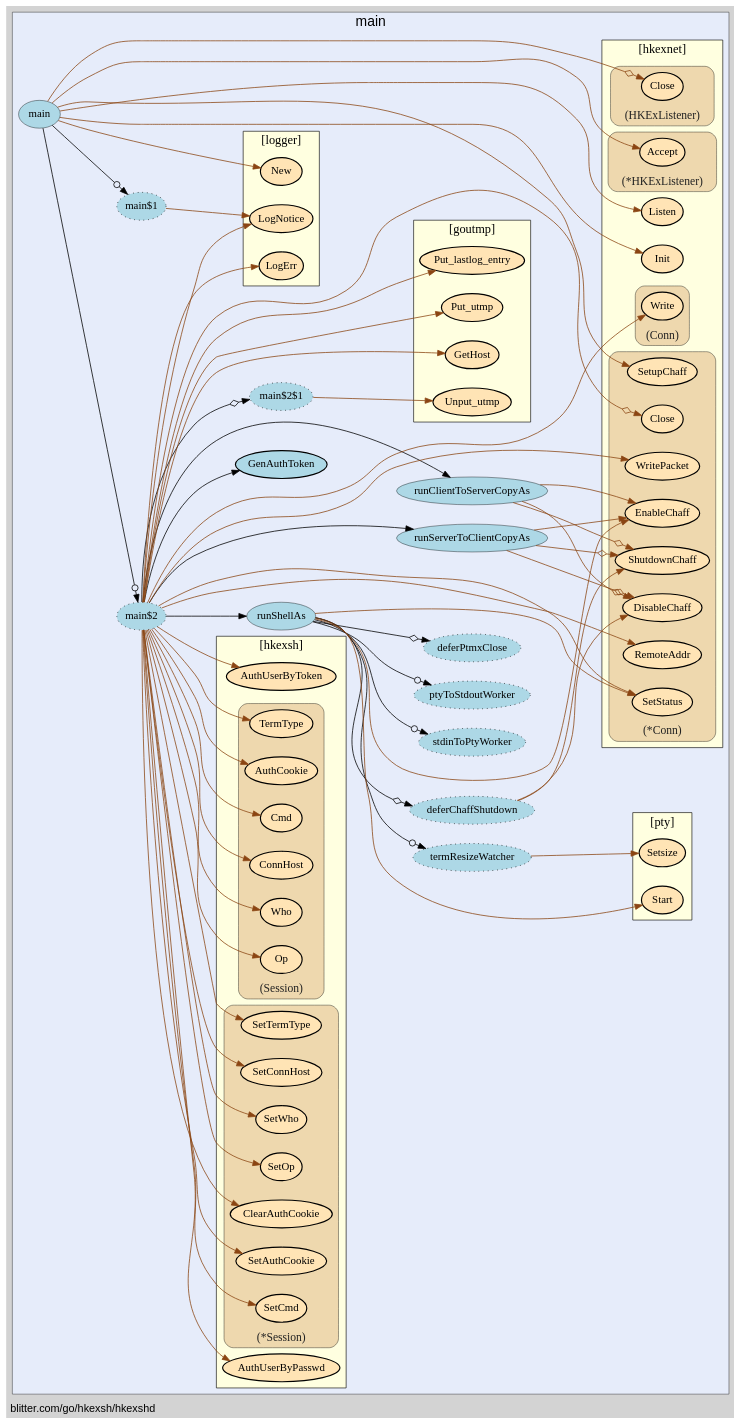
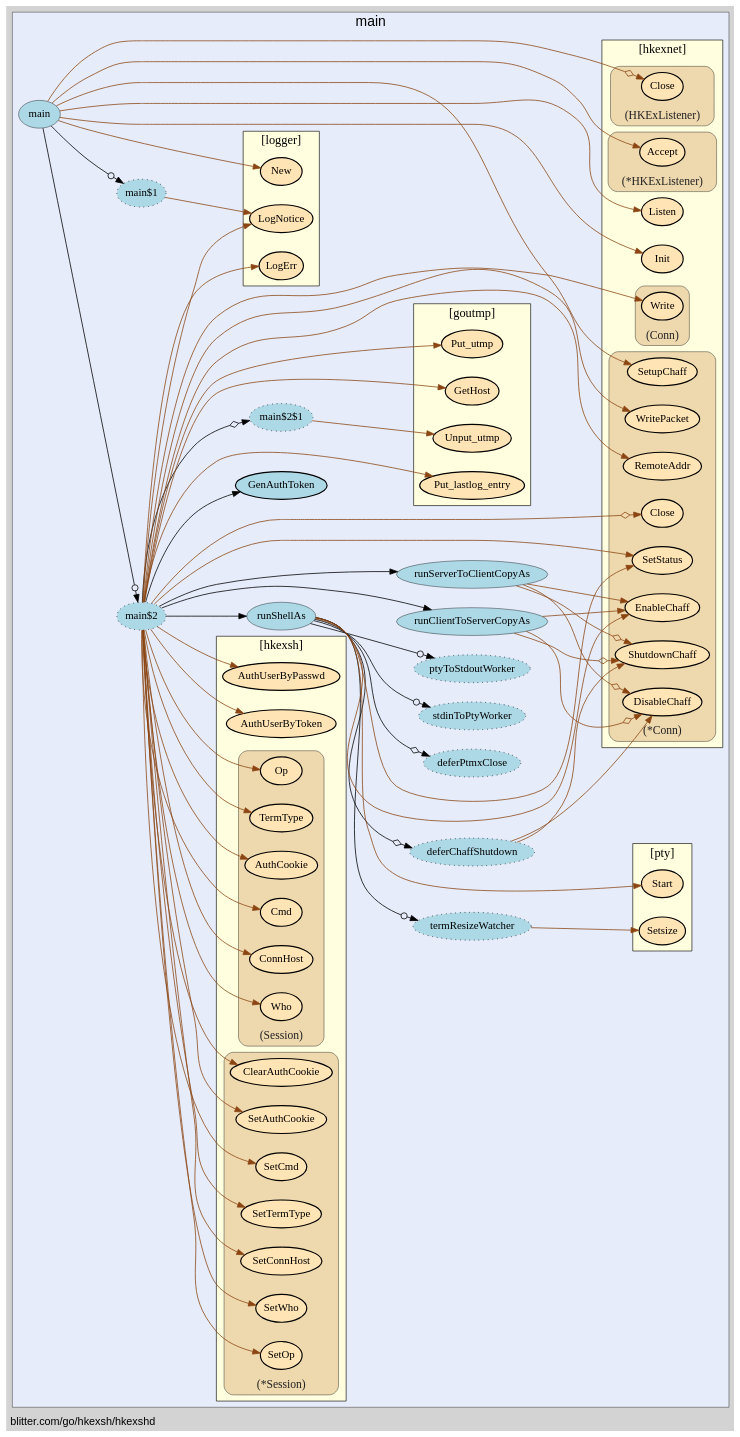
The diagram in hkexshd/hkexshd-vis.gv (isgasho/xs), drawn with Graphviz before and after one commit. The commit also changed 13 other files, not shown here.

```diff
--- a/hkexshd/hkexshd-vis.gv
+++ b/hkexshd/hkexshd-vis.gv
@@ -14,71 +14,71 @@
     edge [minlen="2"]
 
     subgraph "cluster_focus" {
-        labeljust="c";
+        labelloc="t";
+labeljust="c";
 fontsize="18";
 bgcolor="#e6ecfa";
 label="main";
-labelloc="t";
         
-        "blitter.com/go/hkexsh/hkexshd.runClientToServerCopyAs" [ label="runClientToServerCopyAs" penwidth="0.5" fillcolor="lightblue" ]
+        "blitter.com/go/hkexsh/hkexshd.runShellAs" [ fillcolor="lightblue" label="runShellAs" penwidth="0.5" ]
+        "blitter.com/go/hkexsh/hkexshd.runShellAs$1" [ fillcolor="lightblue" label="deferPtmxClose" style="dotted,filled" ]
+        "blitter.com/go/hkexsh/hkexshd.runShellAs$2" [ fillcolor="lightblue" label="termResizeWatcher" style="dotted,filled" ]
+        "blitter.com/go/hkexsh/hkexshd.runShellAs$3" [ fillcolor="lightblue" label="stdinToPtyWorker" style="dotted,filled" ]
+        "blitter.com/go/hkexsh/hkexshd.runShellAs$4" [ fillcolor="lightblue" label="deferChaffShutdown" style="dotted,filled" ]
+        "blitter.com/go/hkexsh/hkexshd.runShellAs$5" [ fillcolor="lightblue" label="ptyToStdoutWorker" style="dotted,filled" ]
         "blitter.com/go/hkexsh/hkexshd.main" [ fillcolor="lightblue" label="main" penwidth="0.5" ]
-        "blitter.com/go/hkexsh/hkexshd.main$1" [ style="dotted,filled" fillcolor="lightblue" label="main$1" ]
+        "blitter.com/go/hkexsh/hkexshd.main$1" [ fillcolor="lightblue" label="main$1" style="dotted,filled" ]
         "blitter.com/go/hkexsh/hkexshd.main$2" [ fillcolor="lightblue" label="main$2" style="dotted,filled" ]
-        "blitter.com/go/hkexsh/hkexshd.GenAuthToken" [ penwidth="1.5" fillcolor="lightblue" label="GenAuthToken" ]
-        "blitter.com/go/hkexsh/hkexshd.runShellAs" [ fillcolor="lightblue" label="runShellAs" penwidth="0.5" ]
-        "blitter.com/go/hkexsh/hkexshd.runShellAs$1" [ style="dotted,filled" fillcolor="lightblue" label="deferPtmxClose" ]
-        "blitter.com/go/hkexsh/hkexshd.runShellAs$2" [ style="dotted,filled" fillcolor="lightblue" label="termResizeWatcher" ]
-        "blitter.com/go/hkexsh/hkexshd.runShellAs$3" [ style="dotted,filled" fillcolor="lightblue" label="stdinToPtyWorker" ]
-        "blitter.com/go/hkexsh/hkexshd.runShellAs$4" [ fillcolor="lightblue" label="deferChaffShutdown" style="dotted,filled" ]
-        "blitter.com/go/hkexsh/hkexshd.runShellAs$5" [ label="ptyToStdoutWorker" style="dotted,filled" fillcolor="lightblue" ]
+        "blitter.com/go/hkexsh/hkexshd.GenAuthToken" [ fillcolor="lightblue" label="GenAuthToken" penwidth="1.5" ]
         "blitter.com/go/hkexsh/hkexshd.main$2$1" [ fillcolor="lightblue" label="main$2$1" style="dotted,filled" ]
+        "blitter.com/go/hkexsh/hkexshd.runClientToServerCopyAs" [ penwidth="0.5" fillcolor="lightblue" label="runClientToServerCopyAs" ]
         "blitter.com/go/hkexsh/hkexshd.runServerToClientCopyAs" [ fillcolor="lightblue" label="runServerToClientCopyAs" penwidth="0.5" ]
         
         subgraph "cluster_blitter.com/go/goutmp" {
-        URL="/?f=blitter.com/go/goutmp";
-fontsize="16";
+        fontsize="16";
+style="filled";
 fillcolor="lightyellow";
-fontname="bold";
 rank="sink";
-penwidth="0.8";
-style="filled";
 label="[goutmp]";
 tooltip="package: blitter.com/go/goutmp";
+penwidth="0.8";
+fontname="bold";
+URL="/?f=blitter.com/go/goutmp";
         
-        "blitter.com/go/goutmp.GetHost" [ fillcolor="moccasin" label="GetHost" penwidth="1.5" ]
+        "blitter.com/go/goutmp.GetHost" [ penwidth="1.5" fillcolor="moccasin" label="GetHost" ]
         "blitter.com/go/goutmp.Put_utmp" [ fillcolor="moccasin" label="Put_utmp" penwidth="1.5" ]
         "blitter.com/go/goutmp.Unput_utmp" [ fillcolor="moccasin" label="Unput_utmp" penwidth="1.5" ]
-        "blitter.com/go/goutmp.Put_lastlog_entry" [ fillcolor="moccasin" label="Put_lastlog_entry" penwidth="1.5" ]
+        "blitter.com/go/goutmp.Put_lastlog_entry" [ label="Put_lastlog_entry" penwidth="1.5" fillcolor="moccasin" ]
         
     }
 
         subgraph "cluster_blitter.com/go/hkexsh" {
-        tooltip="package: blitter.com/go/hkexsh";
-style="filled";
-fillcolor="lightyellow";
-fontname="bold";
+        fontname="bold";
 rank="sink";
 URL="/?f=blitter.com/go/hkexsh";
 penwidth="0.8";
+style="filled";
+fillcolor="lightyellow";
 fontsize="16";
 label="[hkexsh]";
+tooltip="package: blitter.com/go/hkexsh";
         
-        "blitter.com/go/hkexsh.AuthUserByToken" [ fillcolor="moccasin" label="AuthUserByToken" penwidth="1.5" ]
-        "blitter.com/go/hkexsh.AuthUserByPasswd" [ label="AuthUserByPasswd" penwidth="1.5" fillcolor="moccasin" ]
+        "blitter.com/go/hkexsh.AuthUserByToken" [ penwidth="1.5" fillcolor="moccasin" label="AuthUserByToken" ]
+        "blitter.com/go/hkexsh.AuthUserByPasswd" [ fillcolor="moccasin" label="AuthUserByPasswd" penwidth="1.5" ]
         
         subgraph "cluster_*blitter.com/go/hkexsh.Session" {
-        penwidth="0.5";
-fontsize="15";
-fontcolor="#222222";
+        fontcolor="#222222";
 labelloc="b";
 style="rounded,filled";
 fillcolor="wheat2";
 label="(*Session)";
 tooltip="type: *blitter.com/go/hkexsh.Session";
+penwidth="0.5";
+fontsize="15";
         
-        "(*blitter.com/go/hkexsh.Session).SetOp" [ fillcolor="moccasin" label="SetOp" penwidth="1.5" ]
+        "(*blitter.com/go/hkexsh.Session).SetOp" [ penwidth="1.5" fillcolor="moccasin" label="SetOp" ]
         "(*blitter.com/go/hkexsh.Session).SetWho" [ fillcolor="moccasin" label="SetWho" penwidth="1.5" ]
-        "(*blitter.com/go/hkexsh.Session).SetConnHost" [ label="SetConnHost" penwidth="1.5" fillcolor="moccasin" ]
+        "(*blitter.com/go/hkexsh.Session).SetConnHost" [ fillcolor="moccasin" label="SetConnHost" penwidth="1.5" ]
         "(*blitter.com/go/hkexsh.Session).SetTermType" [ fillcolor="moccasin" label="SetTermType" penwidth="1.5" ]
         "(*blitter.com/go/hkexsh.Session).SetCmd" [ fillcolor="moccasin" label="SetCmd" penwidth="1.5" ]
         "(*blitter.com/go/hkexsh.Session).SetAuthCookie" [ penwidth="1.5" fillcolor="moccasin" label="SetAuthCookie" ]
@@ -87,43 +87,92 @@
     }
 
         subgraph "cluster_blitter.com/go/hkexsh.Session" {
-        style="rounded,filled";
+        labelloc="b";
+style="rounded,filled";
 fillcolor="wheat2";
 label="(Session)";
 tooltip="type: blitter.com/go/hkexsh.Session";
 penwidth="0.5";
 fontsize="15";
 fontcolor="#222222";
-labelloc="b";
         
         "(blitter.com/go/hkexsh.Session).Op" [ fillcolor="moccasin" label="Op" penwidth="1.5" ]
         "(blitter.com/go/hkexsh.Session).Who" [ fillcolor="moccasin" label="Who" penwidth="1.5" ]
-        "(blitter.com/go/hkexsh.Session).ConnHost" [ fillcolor="moccasin" label="ConnHost" penwidth="1.5" ]
-        "(blitter.com/go/hkexsh.Session).Cmd" [ label="Cmd" penwidth="1.5" fillcolor="moccasin" ]
+        "(blitter.com/go/hkexsh.Session).ConnHost" [ label="ConnHost" penwidth="1.5" fillcolor="moccasin" ]
+        "(blitter.com/go/hkexsh.Session).Cmd" [ fillcolor="moccasin" label="Cmd" penwidth="1.5" ]
         "(blitter.com/go/hkexsh.Session).AuthCookie" [ fillcolor="moccasin" label="AuthCookie" penwidth="1.5" ]
-        "(blitter.com/go/hkexsh.Session).TermType" [ fillcolor="moccasin" label="TermType" penwidth="1.5" ]
+        "(blitter.com/go/hkexsh.Session).TermType" [ label="TermType" penwidth="1.5" fillcolor="moccasin" ]
         
     }
 
     }
 
         subgraph "cluster_blitter.com/go/hkexsh/hkexnet" {
-        fontsize="16";
+        style="filled";
+fillcolor="lightyellow";
 fontname="bold";
-label="[hkexnet]";
-penwidth="0.8";
-style="filled";
-fillcolor="lightyellow";
 rank="sink";
 URL="/?f=blitter.com/go/hkexsh/hkexnet";
+fontsize="16";
+label="[hkexnet]";
 tooltip="package: blitter.com/go/hkexsh/hkexnet";
+penwidth="0.8";
         
         "blitter.com/go/hkexsh/hkexnet.Init" [ fillcolor="moccasin" label="Init" penwidth="1.5" ]
-        "blitter.com/go/hkexsh/hkexnet.Listen" [ penwidth="1.5" fillcolor="moccasin" label="Listen" ]
+        "blitter.com/go/hkexsh/hkexnet.Listen" [ fillcolor="moccasin" label="Listen" penwidth="1.5" ]
         
         subgraph "cluster_*blitter.com/go/hkexsh/hkexnet.Conn" {
-        label="(*Conn)";
+        penwidth="0.5";
+fontsize="15";
+fontcolor="#222222";
+labelloc="b";
+style="rounded,filled";
+fillcolor="wheat2";
+label="(*Conn)";
 tooltip="type: *blitter.com/go/hkexsh/hkexnet.Conn";
+        
+        "(*blitter.com/go/hkexsh/hkexnet.Conn).EnableChaff" [ fillcolor="moccasin" label="EnableChaff" penwidth="1.5" ]
+        "(*blitter.com/go/hkexsh/hkexnet.Conn).DisableChaff" [ fillcolor="moccasin" label="DisableChaff" penwidth="1.5" ]
+        "(*blitter.com/go/hkexsh/hkexnet.Conn).ShutdownChaff" [ fillcolor="moccasin" label="ShutdownChaff" penwidth="1.5" ]
+        "(*blitter.com/go/hkexsh/hkexnet.Conn).SetStatus" [ fillcolor="moccasin" label="SetStatus" penwidth="1.5" ]
+        "(*blitter.com/go/hkexsh/hkexnet.Conn).SetupChaff" [ label="SetupChaff" penwidth="1.5" fillcolor="moccasin" ]
+        "(*blitter.com/go/hkexsh/hkexnet.Conn).Close" [ label="Close" penwidth="1.5" fillcolor="moccasin" ]
+        "(*blitter.com/go/hkexsh/hkexnet.Conn).RemoteAddr" [ fillcolor="moccasin" label="RemoteAddr" penwidth="1.5" ]
+        "(*blitter.com/go/hkexsh/hkexnet.Conn).WritePacket" [ fillcolor="moccasin" label="WritePacket" penwidth="1.5" ]
+        
+    }
+
+        subgraph "cluster_*blitter.com/go/hkexsh/hkexnet.HKExListener" {
+        fontcolor="#222222";
+labelloc="b";
+style="rounded,filled";
+fillcolor="wheat2";
+label="(*HKExListener)";
+tooltip="type: *blitter.com/go/hkexsh/hkexnet.HKExListener";
+penwidth="0.5";
+fontsize="15";
+        
+        "(*blitter.com/go/hkexsh/hkexnet.HKExListener).Accept" [ fillcolor="moccasin" label="Accept" penwidth="1.5" ]
+        
+    }
+
+        subgraph "cluster_blitter.com/go/hkexsh/hkexnet.Conn" {
+        penwidth="0.5";
+fontsize="15";
+fontcolor="#222222";
+labelloc="b";
+style="rounded,filled";
+fillcolor="wheat2";
+label="(Conn)";
+tooltip="type: blitter.com/go/hkexsh/hkexnet.Conn";
+        
+        "(blitter.com/go/hkexsh/hkexnet.Conn).Write" [ fillcolor="moccasin" label="Write" penwidth="1.5" ]
+        
+    }
+
+        subgraph "cluster_blitter.com/go/hkexsh/hkexnet.HKExListener" {
+        label="(HKExListener)";
+tooltip="type: blitter.com/go/hkexsh/hkexnet.HKExListener";
 penwidth="0.5";
 fontsize="15";
 fontcolor="#222222";
@@ -131,88 +180,39 @@
 style="rounded,filled";
 fillcolor="wheat2";
         
-        "(*blitter.com/go/hkexsh/hkexnet.Conn).EnableChaff" [ penwidth="1.5" fillcolor="moccasin" label="EnableChaff" ]
-        "(*blitter.com/go/hkexsh/hkexnet.Conn).DisableChaff" [ fillcolor="moccasin" label="DisableChaff" penwidth="1.5" ]
-        "(*blitter.com/go/hkexsh/hkexnet.Conn).ShutdownChaff" [ fillcolor="moccasin" label="ShutdownChaff" penwidth="1.5" ]
-        "(*blitter.com/go/hkexsh/hkexnet.Conn).SetupChaff" [ fillcolor="moccasin" label="SetupChaff" penwidth="1.5" ]
-        "(*blitter.com/go/hkexsh/hkexnet.Conn).Close" [ fillcolor="moccasin" label="Close" penwidth="1.5" ]
-        "(*blitter.com/go/hkexsh/hkexnet.Conn).RemoteAddr" [ penwidth="1.5" fillcolor="moccasin" label="RemoteAddr" ]
-        "(*blitter.com/go/hkexsh/hkexnet.Conn).SetStatus" [ fillcolor="moccasin" label="SetStatus" penwidth="1.5" ]
-        "(*blitter.com/go/hkexsh/hkexnet.Conn).WritePacket" [ fillcolor="moccasin" label="WritePacket" penwidth="1.5" ]
-        
-    }
-
-        subgraph "cluster_*blitter.com/go/hkexsh/hkexnet.HKExListener" {
-        penwidth="0.5";
-fontsize="15";
-fontcolor="#222222";
-labelloc="b";
-style="rounded,filled";
-fillcolor="wheat2";
-label="(*HKExListener)";
-tooltip="type: *blitter.com/go/hkexsh/hkexnet.HKExListener";
-        
-        "(*blitter.com/go/hkexsh/hkexnet.HKExListener).Accept" [ penwidth="1.5" fillcolor="moccasin" label="Accept" ]
-        
-    }
-
-        subgraph "cluster_blitter.com/go/hkexsh/hkexnet.Conn" {
-        labelloc="b";
-style="rounded,filled";
-fillcolor="wheat2";
-label="(Conn)";
-tooltip="type: blitter.com/go/hkexsh/hkexnet.Conn";
-penwidth="0.5";
-fontsize="15";
-fontcolor="#222222";
-        
-        "(blitter.com/go/hkexsh/hkexnet.Conn).Write" [ fillcolor="moccasin" label="Write" penwidth="1.5" ]
-        
-    }
-
-        subgraph "cluster_blitter.com/go/hkexsh/hkexnet.HKExListener" {
-        fillcolor="wheat2";
-label="(HKExListener)";
-tooltip="type: blitter.com/go/hkexsh/hkexnet.HKExListener";
-penwidth="0.5";
-fontsize="15";
-fontcolor="#222222";
-labelloc="b";
-style="rounded,filled";
-        
-        "(blitter.com/go/hkexsh/hkexnet.HKExListener).Close" [ label="Close" penwidth="1.5" fillcolor="moccasin" ]
+        "(blitter.com/go/hkexsh/hkexnet.HKExListener).Close" [ fillcolor="moccasin" label="Close" penwidth="1.5" ]
         
     }
 
     }
 
         subgraph "cluster_blitter.com/go/hkexsh/logger" {
-        fillcolor="lightyellow";
+        penwidth="0.8";
 rank="sink";
+fontsize="16";
+style="filled";
+fillcolor="lightyellow";
+fontname="bold";
 label="[logger]";
 URL="/?f=blitter.com/go/hkexsh/logger";
-fontsize="16";
-style="filled";
-fontname="bold";
 tooltip="package: blitter.com/go/hkexsh/logger";
-penwidth="0.8";
         
         "blitter.com/go/hkexsh/logger.New" [ fillcolor="moccasin" label="New" penwidth="1.5" ]
-        "blitter.com/go/hkexsh/logger.LogNotice" [ fillcolor="moccasin" label="LogNotice" penwidth="1.5" ]
-        "blitter.com/go/hkexsh/logger.LogErr" [ fillcolor="moccasin" label="LogErr" penwidth="1.5" ]
+        "blitter.com/go/hkexsh/logger.LogNotice" [ penwidth="1.5" fillcolor="moccasin" label="LogNotice" ]
+        "blitter.com/go/hkexsh/logger.LogErr" [ penwidth="1.5" fillcolor="moccasin" label="LogErr" ]
         
     }
 
         subgraph "cluster_github.com/kr/pty" {
-        URL="/?f=github.com/kr/pty";
-tooltip="package: github.com/kr/pty";
-style="filled";
-fontname="bold";
-rank="sink";
+        style="filled";
 label="[pty]";
+URL="/?f=github.com/kr/pty";
 penwidth="0.8";
 fontsize="16";
 fillcolor="lightyellow";
+fontname="bold";
+rank="sink";
+tooltip="package: github.com/kr/pty";
         
         "github.com/kr/pty.Start" [ fillcolor="moccasin" label="Start" penwidth="1.5" ]
         "github.com/kr/pty.Setsize" [ fillcolor="moccasin" label="Setsize" penwidth="1.5" ]
@@ -221,15 +221,23 @@
 
     }
 
-    "blitter.com/go/hkexsh/hkexshd.runClientToServerCopyAs" -> "(*blitter.com/go/hkexsh/hkexnet.Conn).EnableChaff" [ color="saddlebrown" ]
-    "blitter.com/go/hkexsh/hkexshd.runClientToServerCopyAs" -> "(*blitter.com/go/hkexsh/hkexnet.Conn).DisableChaff" [ color="saddlebrown" arrowhead="normalnoneodiamond" ]
-    "blitter.com/go/hkexsh/hkexshd.runClientToServerCopyAs" -> "(*blitter.com/go/hkexsh/hkexnet.Conn).ShutdownChaff" [ arrowhead="normalnoneodiamond" color="saddlebrown" ]
+    "blitter.com/go/hkexsh/hkexshd.runShellAs" -> "github.com/kr/pty.Start" [ color="saddlebrown" ]
+    "blitter.com/go/hkexsh/hkexshd.runShellAs" -> "blitter.com/go/hkexsh/hkexshd.runShellAs$1" [ arrowhead="normalnoneodiamond" ]
+    "blitter.com/go/hkexsh/hkexshd.runShellAs$2" -> "github.com/kr/pty.Setsize" [ color="saddlebrown" ]
+    "blitter.com/go/hkexsh/hkexshd.runShellAs" -> "blitter.com/go/hkexsh/hkexshd.runShellAs$2" [ arrowhead="normalnoneodot" ]
+    "blitter.com/go/hkexsh/hkexshd.runShellAs" -> "blitter.com/go/hkexsh/hkexshd.runShellAs$3" [ arrowhead="normalnoneodot" ]
+    "blitter.com/go/hkexsh/hkexshd.runShellAs" -> "(*blitter.com/go/hkexsh/hkexnet.Conn).EnableChaff" [ color="saddlebrown" ]
+    "blitter.com/go/hkexsh/hkexshd.runShellAs$4" -> "(*blitter.com/go/hkexsh/hkexnet.Conn).DisableChaff" [ color="saddlebrown" ]
+    "blitter.com/go/hkexsh/hkexshd.runShellAs$4" -> "(*blitter.com/go/hkexsh/hkexnet.Conn).ShutdownChaff" [ color="saddlebrown" ]
+    "blitter.com/go/hkexsh/hkexshd.runShellAs" -> "blitter.com/go/hkexsh/hkexshd.runShellAs$4" [ arrowhead="normalnoneodiamond" ]
+    "blitter.com/go/hkexsh/hkexshd.runShellAs" -> "blitter.com/go/hkexsh/hkexshd.runShellAs$5" [ arrowhead="normalnoneodot" ]
+    "blitter.com/go/hkexsh/hkexshd.runShellAs" -> "(*blitter.com/go/hkexsh/hkexnet.Conn).SetStatus" [ color="saddlebrown" ]
     "blitter.com/go/hkexsh/hkexshd.main" -> "blitter.com/go/hkexsh/logger.New" [ color="saddlebrown" ]
     "blitter.com/go/hkexsh/hkexshd.main" -> "blitter.com/go/hkexsh/hkexnet.Init" [ color="saddlebrown" ]
     "blitter.com/go/hkexsh/hkexshd.main$1" -> "blitter.com/go/hkexsh/logger.LogNotice" [ color="saddlebrown" ]
     "blitter.com/go/hkexsh/hkexshd.main" -> "blitter.com/go/hkexsh/hkexshd.main$1" [ arrowhead="normalnoneodot" ]
     "blitter.com/go/hkexsh/hkexshd.main" -> "blitter.com/go/hkexsh/hkexnet.Listen" [ color="saddlebrown" ]
-    "blitter.com/go/hkexsh/hkexshd.main" -> "(blitter.com/go/hkexsh/hkexnet.HKExListener).Close" [ color="saddlebrown" arrowhead="normalnoneodiamond" ]
+    "blitter.com/go/hkexsh/hkexshd.main" -> "(blitter.com/go/hkexsh/hkexnet.HKExListener).Close" [ arrowhead="normalnoneodiamond" color="saddlebrown" ]
     "blitter.com/go/hkexsh/hkexshd.main" -> "(*blitter.com/go/hkexsh/hkexnet.HKExListener).Accept" [ color="saddlebrown" ]
     "blitter.com/go/hkexsh/hkexshd.main" -> "(*blitter.com/go/hkexsh/hkexnet.Conn).SetupChaff" [ color="saddlebrown" ]
     "blitter.com/go/hkexsh/hkexshd.main$2" -> "(*blitter.com/go/hkexsh/hkexnet.Conn).Close" [ arrowhead="normalnoneodiamond" color="saddlebrown" ]
@@ -253,17 +261,6 @@
     "blitter.com/go/hkexsh/hkexshd.main$2" -> "blitter.com/go/goutmp.GetHost" [ color="saddlebrown" ]
     "blitter.com/go/hkexsh/hkexshd.main$2" -> "blitter.com/go/hkexsh/hkexshd.GenAuthToken" [  ]
     "blitter.com/go/hkexsh/hkexshd.main$2" -> "(blitter.com/go/hkexsh.Session).TermType" [ color="saddlebrown" ]
-    "blitter.com/go/hkexsh/hkexshd.runShellAs" -> "github.com/kr/pty.Start" [ color="saddlebrown" ]
-    "blitter.com/go/hkexsh/hkexshd.runShellAs" -> "blitter.com/go/hkexsh/hkexshd.runShellAs$1" [ arrowhead="normalnoneodiamond" ]
-    "blitter.com/go/hkexsh/hkexshd.runShellAs$2" -> "github.com/kr/pty.Setsize" [ color="saddlebrown" ]
-    "blitter.com/go/hkexsh/hkexshd.runShellAs" -> "blitter.com/go/hkexsh/hkexshd.runShellAs$2" [ arrowhead="normalnoneodot" ]
-    "blitter.com/go/hkexsh/hkexshd.runShellAs" -> "blitter.com/go/hkexsh/hkexshd.runShellAs$3" [ arrowhead="normalnoneodot" ]
-    "blitter.com/go/hkexsh/hkexshd.runShellAs" -> "(*blitter.com/go/hkexsh/hkexnet.Conn).EnableChaff" [ color="saddlebrown" ]
-    "blitter.com/go/hkexsh/hkexshd.runShellAs$4" -> "(*blitter.com/go/hkexsh/hkexnet.Conn).DisableChaff" [ color="saddlebrown" ]
-    "blitter.com/go/hkexsh/hkexshd.runShellAs$4" -> "(*blitter.com/go/hkexsh/hkexnet.Conn).ShutdownChaff" [ color="saddlebrown" ]
-    "blitter.com/go/hkexsh/hkexshd.runShellAs" -> "blitter.com/go/hkexsh/hkexshd.runShellAs$4" [ arrowhead="normalnoneodiamond" ]
-    "blitter.com/go/hkexsh/hkexshd.runShellAs" -> "blitter.com/go/hkexsh/hkexshd.runShellAs$5" [ arrowhead="normalnoneodot" ]
-    "blitter.com/go/hkexsh/hkexshd.runShellAs" -> "(*blitter.com/go/hkexsh/hkexnet.Conn).SetStatus" [ color="saddlebrown" ]
     "blitter.com/go/hkexsh/hkexshd.main$2" -> "blitter.com/go/hkexsh/hkexshd.runShellAs" [  ]
     "blitter.com/go/hkexsh/hkexshd.main$2" -> "blitter.com/go/hkexsh/logger.LogErr" [ color="saddlebrown" ]
     "blitter.com/go/hkexsh/hkexshd.main$2" -> "(*blitter.com/go/hkexsh/hkexnet.Conn).SetStatus" [ color="saddlebrown" ]
@@ -271,10 +268,13 @@
     "blitter.com/go/hkexsh/hkexshd.main$2$1" -> "blitter.com/go/goutmp.Unput_utmp" [ color="saddlebrown" ]
     "blitter.com/go/hkexsh/hkexshd.main$2" -> "blitter.com/go/hkexsh/hkexshd.main$2$1" [ arrowhead="normalnoneodiamond" ]
     "blitter.com/go/hkexsh/hkexshd.main$2" -> "blitter.com/go/goutmp.Put_lastlog_entry" [ color="saddlebrown" ]
+    "blitter.com/go/hkexsh/hkexshd.runClientToServerCopyAs" -> "(*blitter.com/go/hkexsh/hkexnet.Conn).EnableChaff" [ color="saddlebrown" ]
+    "blitter.com/go/hkexsh/hkexshd.runClientToServerCopyAs" -> "(*blitter.com/go/hkexsh/hkexnet.Conn).DisableChaff" [ arrowhead="normalnoneodiamond" color="saddlebrown" ]
+    "blitter.com/go/hkexsh/hkexshd.runClientToServerCopyAs" -> "(*blitter.com/go/hkexsh/hkexnet.Conn).ShutdownChaff" [ arrowhead="normalnoneodiamond" color="saddlebrown" ]
     "blitter.com/go/hkexsh/hkexshd.main$2" -> "blitter.com/go/hkexsh/hkexshd.runClientToServerCopyAs" [  ]
     "blitter.com/go/hkexsh/hkexshd.main$2" -> "(*blitter.com/go/hkexsh/hkexnet.Conn).WritePacket" [ color="saddlebrown" ]
     "blitter.com/go/hkexsh/hkexshd.runServerToClientCopyAs" -> "(*blitter.com/go/hkexsh/hkexnet.Conn).EnableChaff" [ color="saddlebrown" ]
-    "blitter.com/go/hkexsh/hkexshd.runServerToClientCopyAs" -> "(*blitter.com/go/hkexsh/hkexnet.Conn).DisableChaff" [ arrowhead="normalnoneodiamond" color="saddlebrown" ]
+    "blitter.com/go/hkexsh/hkexshd.runServerToClientCopyAs" -> "(*blitter.com/go/hkexsh/hkexnet.Conn).DisableChaff" [ color="saddlebrown" arrowhead="normalnoneodiamond" ]
     "blitter.com/go/hkexsh/hkexshd.runServerToClientCopyAs" -> "(*blitter.com/go/hkexsh/hkexnet.Conn).ShutdownChaff" [ arrowhead="normalnoneodiamond" color="saddlebrown" ]
     "blitter.com/go/hkexsh/hkexshd.main$2" -> "blitter.com/go/hkexsh/hkexshd.runServerToClientCopyAs" [  ]
     "blitter.com/go/hkexsh/hkexshd.main" -> "blitter.com/go/hkexsh/hkexshd.main$2" [ arrowhead="normalnoneodot" ]
```
